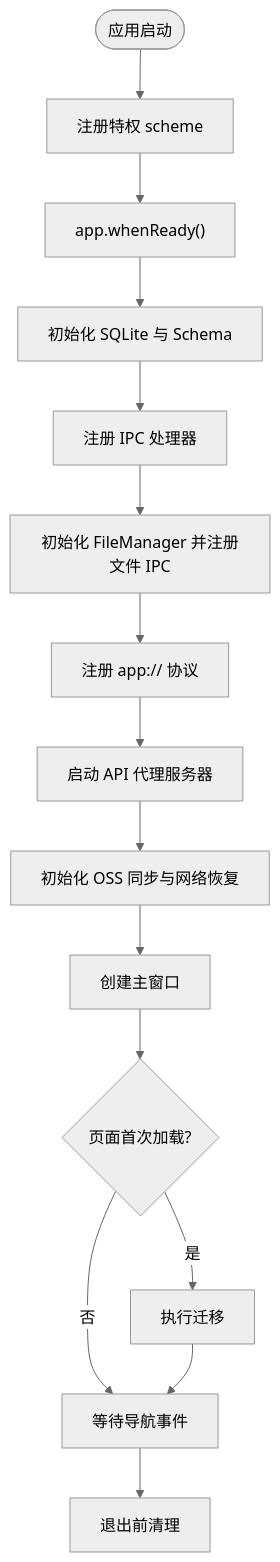
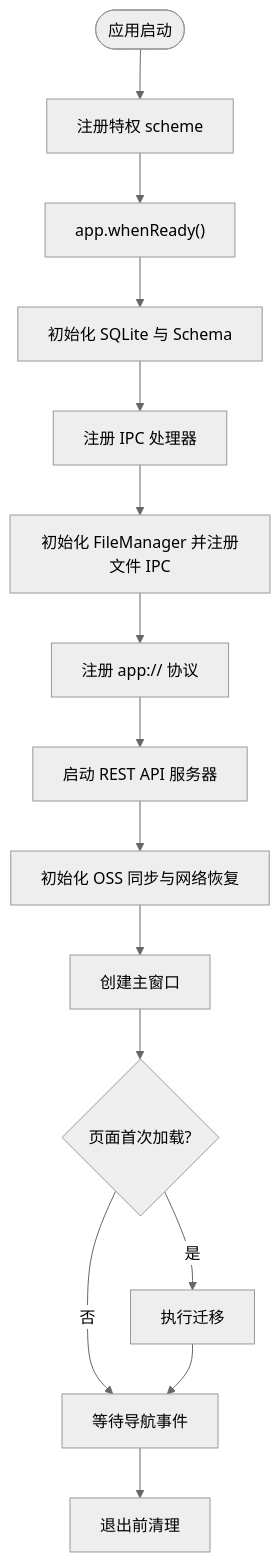
The third of 12 diagrams in .qoder/repowiki/zh/content/架构设计/Electron 桌面应用架构.md (AlbusWei/AI-Image-Studio), drawn with Mermaid (neutral theme) before and after one commit. The commit also changed other lines of this file and 26 other files, not shown here.

First line of the commit message:
fix: 修复 Electron 模式下 Gallery 无法显示图片的 3 个断裂点

````diff
--- a/.qoder/repowiki/zh/content/架构设计/Electron 桌面应用架构.md
+++ b/.qoder/repowiki/zh/content/架构设计/Electron 桌面应用架构.md
@@ -195,17 +234,17 @@
 ```mermaid
 flowchart TD
 Start(["应用启动"]) --> RegPriv["注册特权 scheme"]
 RegPriv --> Ready["app.whenReady()"]
 Ready --> InitDB["初始化 SQLite 与 Schema"]
 InitDB --> RegIPC["注册 IPC 处理器"]
 RegIPC --> InitFM["初始化 FileManager 并注册文件 IPC"]
 InitFM --> RegProto["注册 app:// 协议"]
-RegProto --> StartAPI["启动 API 代理服务器"]
+RegProto --> StartAPI["启动 REST API 服务器"]
 StartAPI --> InitOss["初始化 OSS 同步与网络恢复"]
 InitOss --> CreateWin["创建主窗口"]
 CreateWin --> LoadPage{"页面首次加载?"}
 LoadPage --> |是| RunMig["执行迁移"]
 LoadPage --> |否| Idle["等待导航事件"]
 RunMig --> Idle
 Idle --> Quit["退出前清理"]
 ```
````
